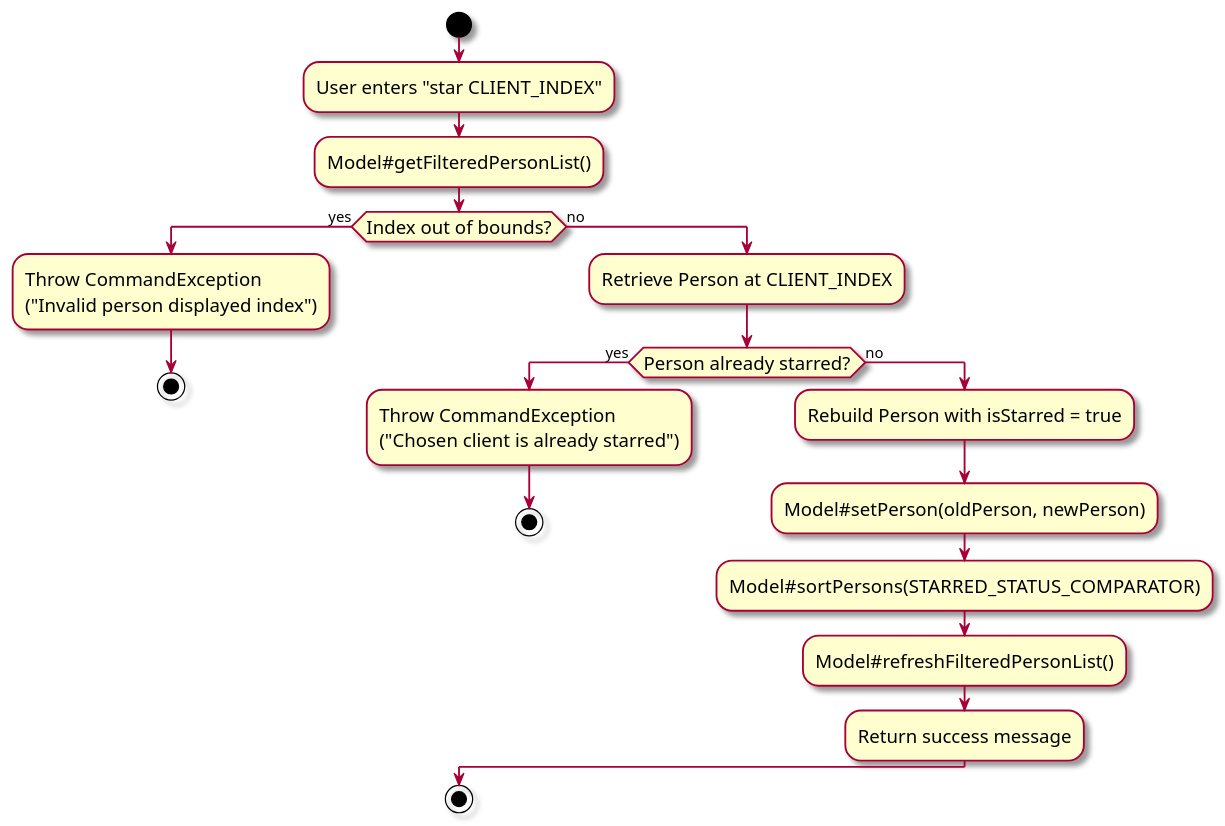
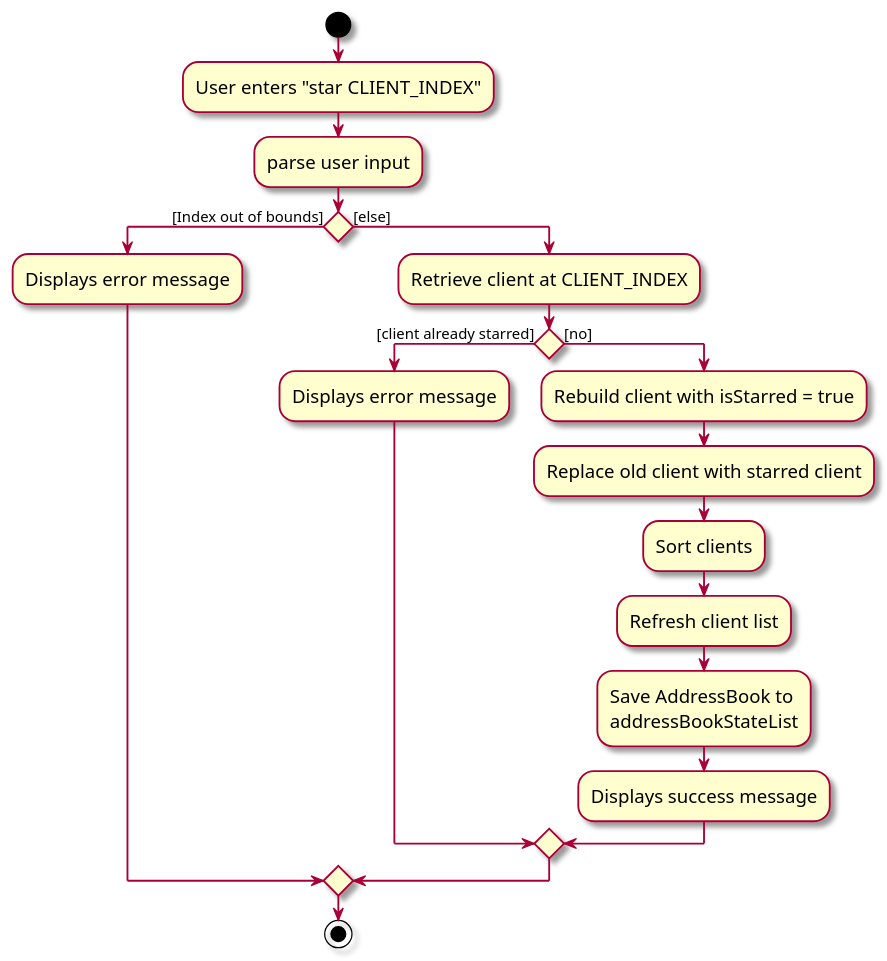
One commit to JunhaoW3/tp changed the diagram in docs/diagrams/star-feature/StarActivityDiagram.puml. Above: the diagram before and after it, drawn with PlantUML.

Commit message:
Fix star activity

```diff
--- a/docs/diagrams/star-feature/StarActivityDiagram.puml
+++ b/docs/diagrams/star-feature/StarActivityDiagram.puml
@@ -1,26 +1,26 @@
 @startuml
 skin rose
 skinparam ActivityFontSize 15
 skinparam ArrowFontSize 12
 start
 :User enters "star CLIENT_INDEX";
-:Model#getFilteredPersonList();
+:parse user input;
 
-if (Index out of bounds?) then (yes)
-    :Throw CommandException\n("Invalid person displayed index");
-    stop
-else (no)
-    :Retrieve Person at CLIENT_INDEX;
-    if (Person already starred?) then (yes)
-        :Throw CommandException\n("Chosen client is already starred");
-        stop
-    else (no)
-        :Rebuild Person with isStarred = true;
-        :Model#setPerson(oldPerson, newPerson);
-        :Model#sortPersons(STARRED_STATUS_COMPARATOR);
-        :Model#refreshFilteredPersonList();
-        :Return success message;
+if () then ([Index out of bounds])
+    :Displays error message;
+else ([else])
+    :Retrieve client at CLIENT_INDEX;
+    if () then ([client already starred])
+        :Displays error message;
+    else ([no])
+        :Rebuild client with isStarred = true;
+        :Replace old client with starred client;
+        :Sort clients;
+        :Refresh client list;
+        :Save AddressBook to
+        addressBookStateList;
+        :Displays success message;
     endif
 endif
 stop
 @enduml
```
